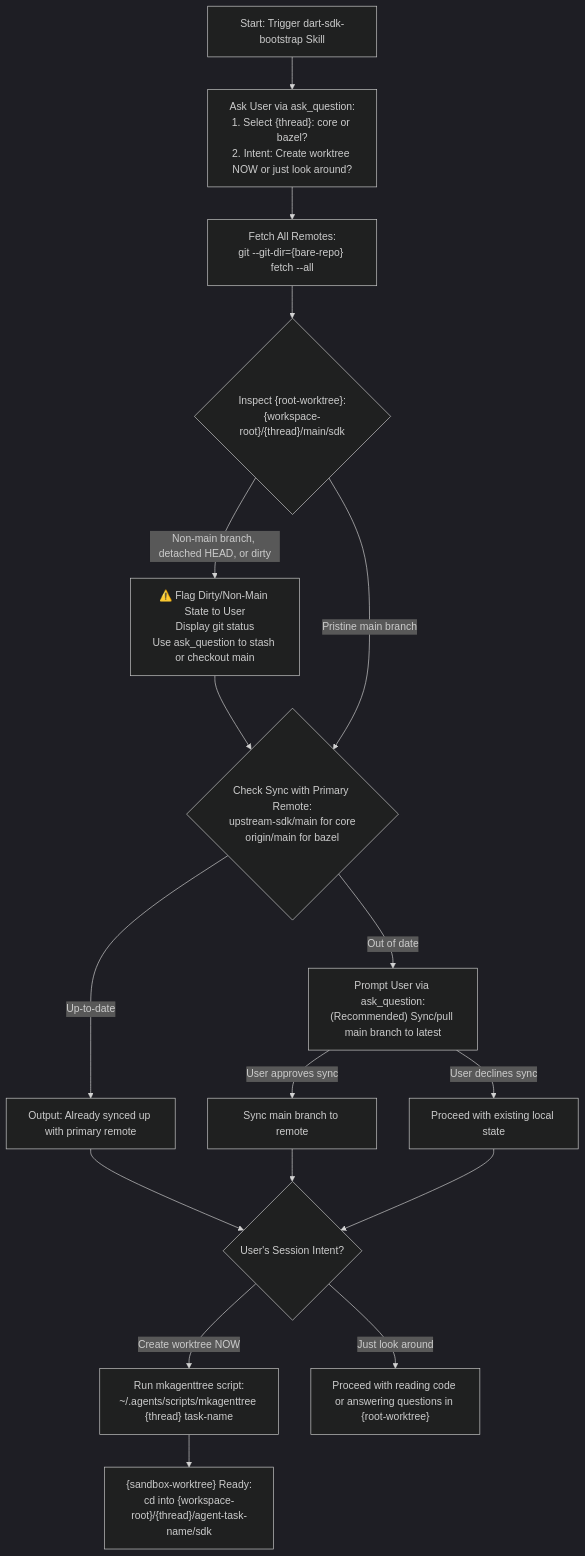
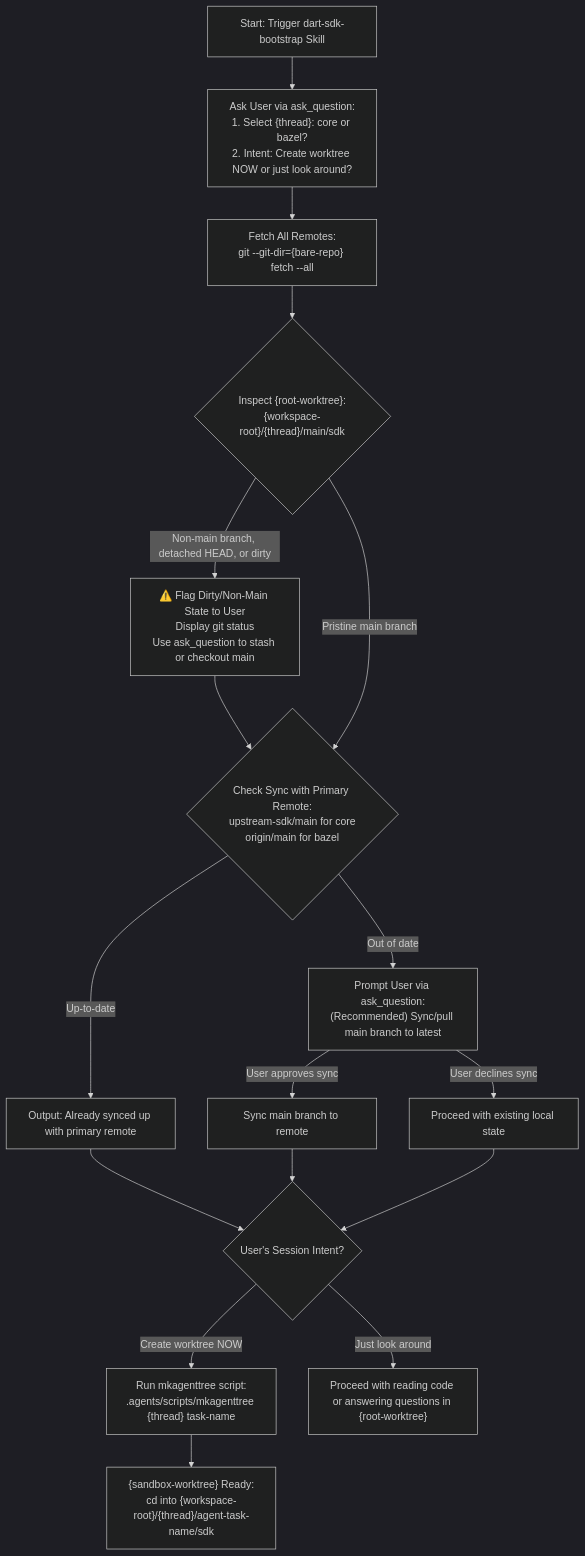
Before and after one commit to kevmoo/dart-sdk-agent-config: the diagram in skills/dart-sdk-bootstrap/SKILL.md, drawn with Mermaid (dark theme). The commit also changed other lines of this file and 1 other file, not shown here.

Commit message:
docs: standardize workspace script execution paths to relative repo root

````diff
--- a/skills/dart-sdk-bootstrap/SKILL.md
+++ b/skills/dart-sdk-bootstrap/SKILL.md
@@ -49,28 +49,28 @@
 ```mermaid
 flowchart TD
     A["Start: Trigger dart-sdk-bootstrap Skill"] --> B["Ask User via ask_question:<br/>1. Select {thread}: core or bazel?<br/>2. Intent: Create worktree NOW or just look around?"]
     
     B --> C["Fetch All Remotes:<br/>git --git-dir={bare-repo} fetch --all"]
     
     C --> D{"Inspect {root-worktree}:<br/>{workspace-root}/{thread}/main/sdk"}
     
     D -->|"Non-main branch, detached HEAD, or dirty"| E["⚠️ Flag Dirty/Non-Main State to User<br/>Display git status<br/>Use ask_question to stash or checkout main"]
     E --> F
     
     D -->|"Pristine main branch"| F{"Check Sync with Primary Remote:<br/>upstream-sdk/main for core<br/>origin/main for bazel"}
     
     F -->|"Up-to-date"| G["Output: Already synced up with primary remote"]
     F -->|"Out of date"| H["Prompt User via ask_question:<br/>(Recommended) Sync/pull main branch to latest"]
     
     H -->|"User approves sync"| I["Sync main branch to remote"]
     H -->|"User declines sync"| J["Proceed with existing local state"]
     
     G --> K{"User's Session Intent?"}
     I --> K
     J --> K
     
-    K -->|"Create worktree NOW"| L["Run mkagenttree script:<br/>~/.agents/scripts/mkagenttree {thread} task-name"]
+    K -->|"Create worktree NOW"| L["Run mkagenttree script:<br/>.agents/scripts/mkagenttree {thread} task-name"]
     K -->|"Just look around"| M["Proceed with reading code or answering questions in {root-worktree}"]
     
     L --> N["{sandbox-worktree} Ready:<br/>cd into {workspace-root}/{thread}/agent-task-name/sdk"]
 ```
````
